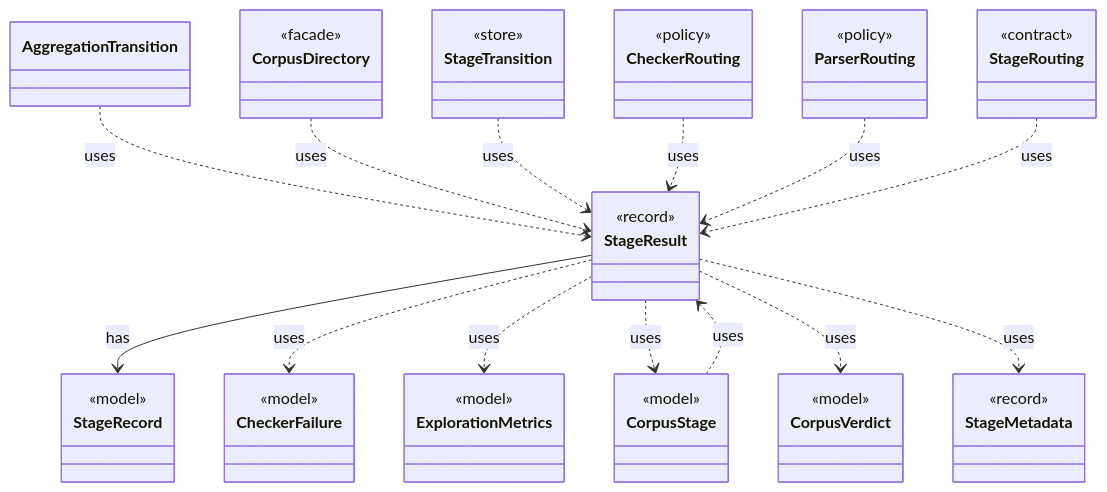
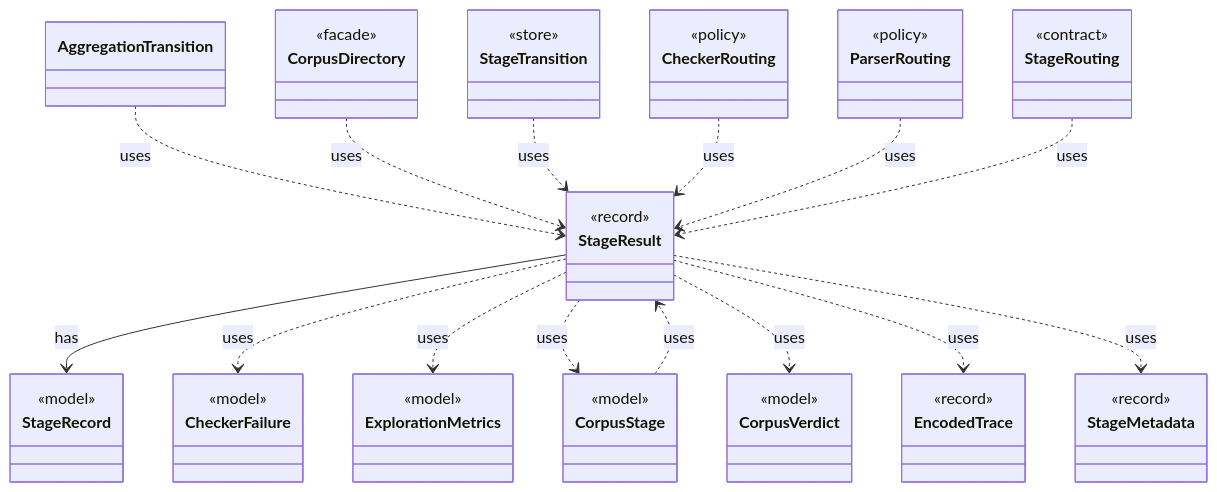
Before and after one commit to tlaplus/model-checker-hardening: the diagram in dev/types/io.github.tlaplus.hardening.corpus.StageResult.md, drawn with Mermaid. The commit also changed other lines of this file and 435 other files, not shown here.

````diff
--- a/dev/types/io.github.tlaplus.hardening.corpus.StageResult.md
+++ b/dev/types/io.github.tlaplus.hardening.corpus.StageResult.md
@@ -7,53 +7,57 @@
 ```mermaid
 classDiagram
   class StageResult {
     <<record>>
   }
   class StageRecord {
     <<model>>
   }
   class CheckerFailure {
     <<model>>
   }
   class ExplorationMetrics {
     <<model>>
   }
   class CorpusStage {
     <<model>>
   }
   class CorpusVerdict {
     <<model>>
+  }
+  class EncodedTrace {
+    <<record>>
   }
   class StageMetadata {
     <<record>>
   }
   class AggregationTransition
   class CorpusDirectory {
     <<facade>>
   }
   class StageTransition {
     <<store>>
   }
   class CheckerRouting {
     <<policy>>
   }
   class ParserRouting {
     <<policy>>
   }
   class StageRouting {
     <<contract>>
   }
   StageResult --> StageRecord : has
   StageResult ..> CheckerFailure : uses
   StageResult ..> ExplorationMetrics : uses
   StageResult ..> CorpusStage : uses
   StageResult ..> CorpusVerdict : uses
+  StageResult ..> EncodedTrace : uses
   StageResult ..> StageMetadata : uses
   AggregationTransition ..> StageResult : uses
   CorpusDirectory ..> StageResult : uses
   CorpusStage ..> StageResult : uses
   StageTransition ..> StageResult : uses
   CheckerRouting ..> StageResult : uses
   ParserRouting ..> StageResult : uses
   StageRouting ..> StageResult : uses
 ```
````
